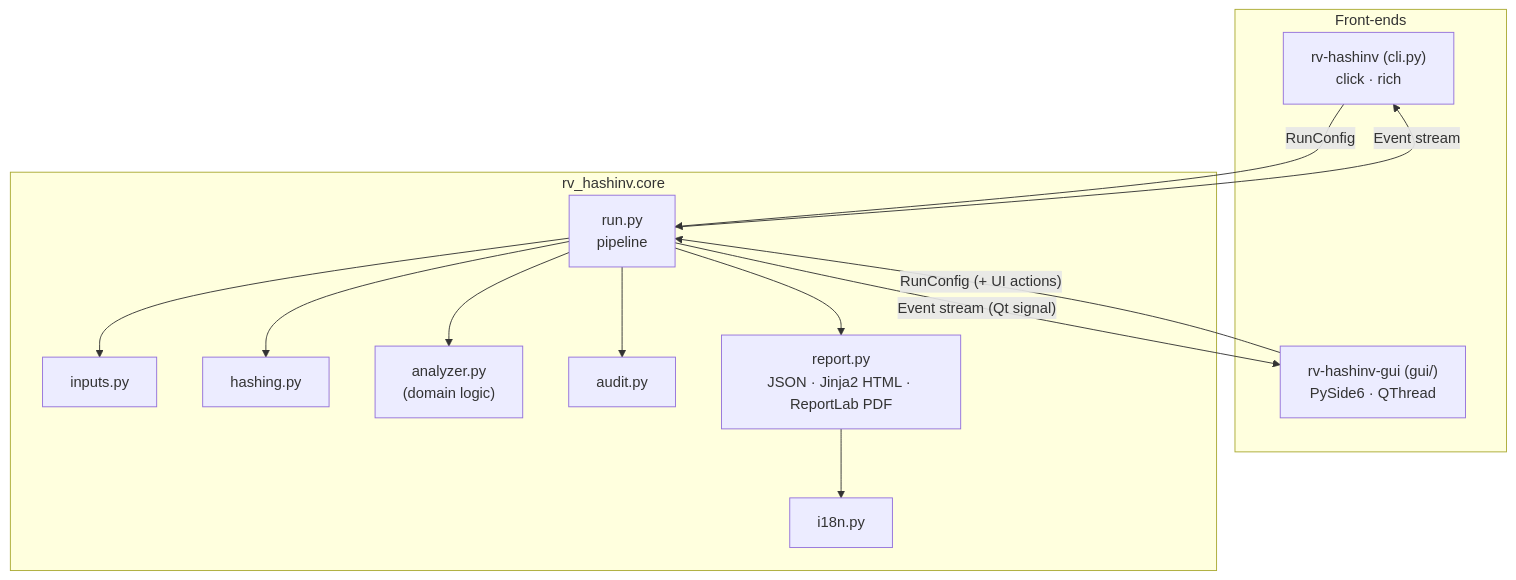
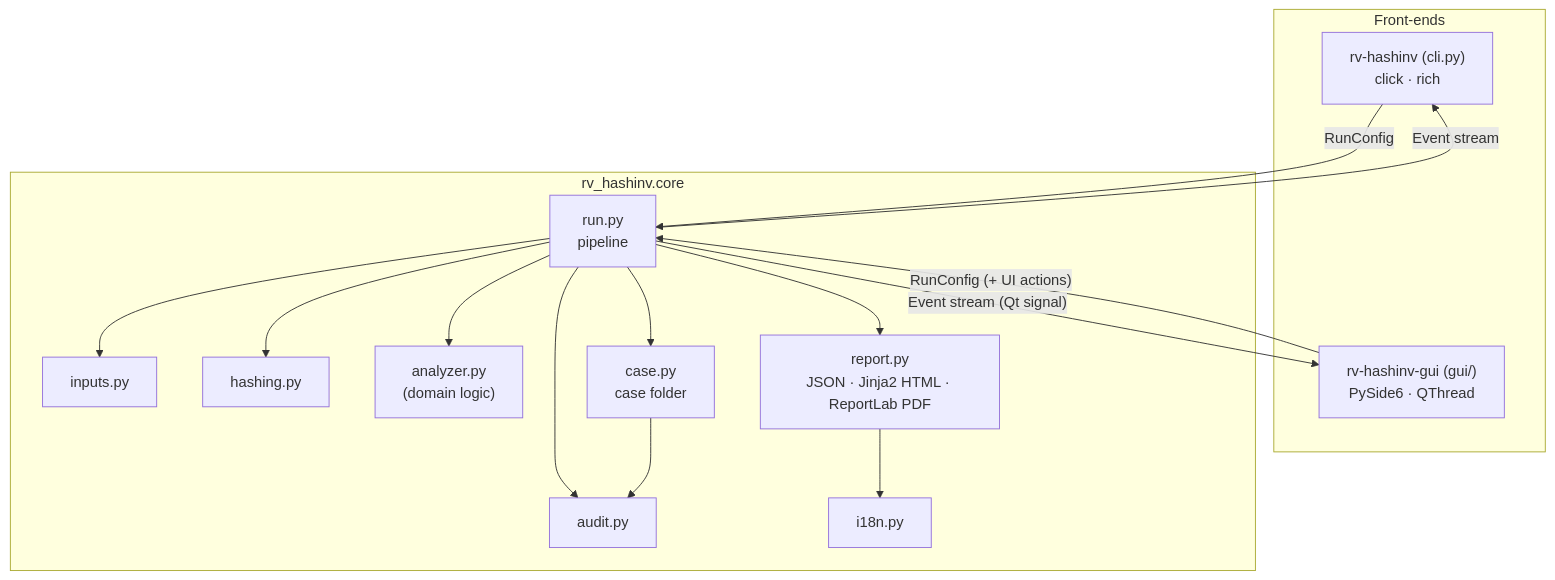
One commit to Panacota96/rakvor-forge-sample changed the first of 3 diagrams in docs/architecture.md. Above: the diagram before and after it, drawn with Mermaid. The commit also changed other lines of this file and 58 other files, not shown here.

First line of the commit message:
feat: case folder, docs (theory, admissibility, installation, usage), source-auditable licence and review fixes

````diff
--- a/docs/architecture.md
+++ b/docs/architecture.md
@@ -7,22 +7,24 @@
 ```mermaid
 flowchart TB
     subgraph Front-ends
         CLI["rv-hashinv (cli.py)<br/>click · rich"]
         GUI["rv-hashinv-gui (gui/)<br/>PySide6 · QThread"]
     end
     subgraph Core["rv_hashinv.core"]
         RUN["run.py<br/>pipeline"]
         IN["inputs.py"]
         H["hashing.py"]
         AN["analyzer.py<br/>(domain logic)"]
         AU["audit.py"]
+        CA["case.py<br/>case folder"]
         REP["report.py<br/>JSON · Jinja2 HTML · ReportLab PDF"]
         I18N["i18n.py"]
     end
     CLI -- RunConfig --> RUN
     GUI -- "RunConfig (+ UI actions)" --> RUN
     RUN -- "Event stream" --> CLI
     RUN -- "Event stream (Qt signal)" --> GUI
-    RUN --> IN & H & AN & AU & REP
+    RUN --> IN & H & AN & AU & REP & CA
+    CA --> AU
     REP --> I18N
 ```
````
